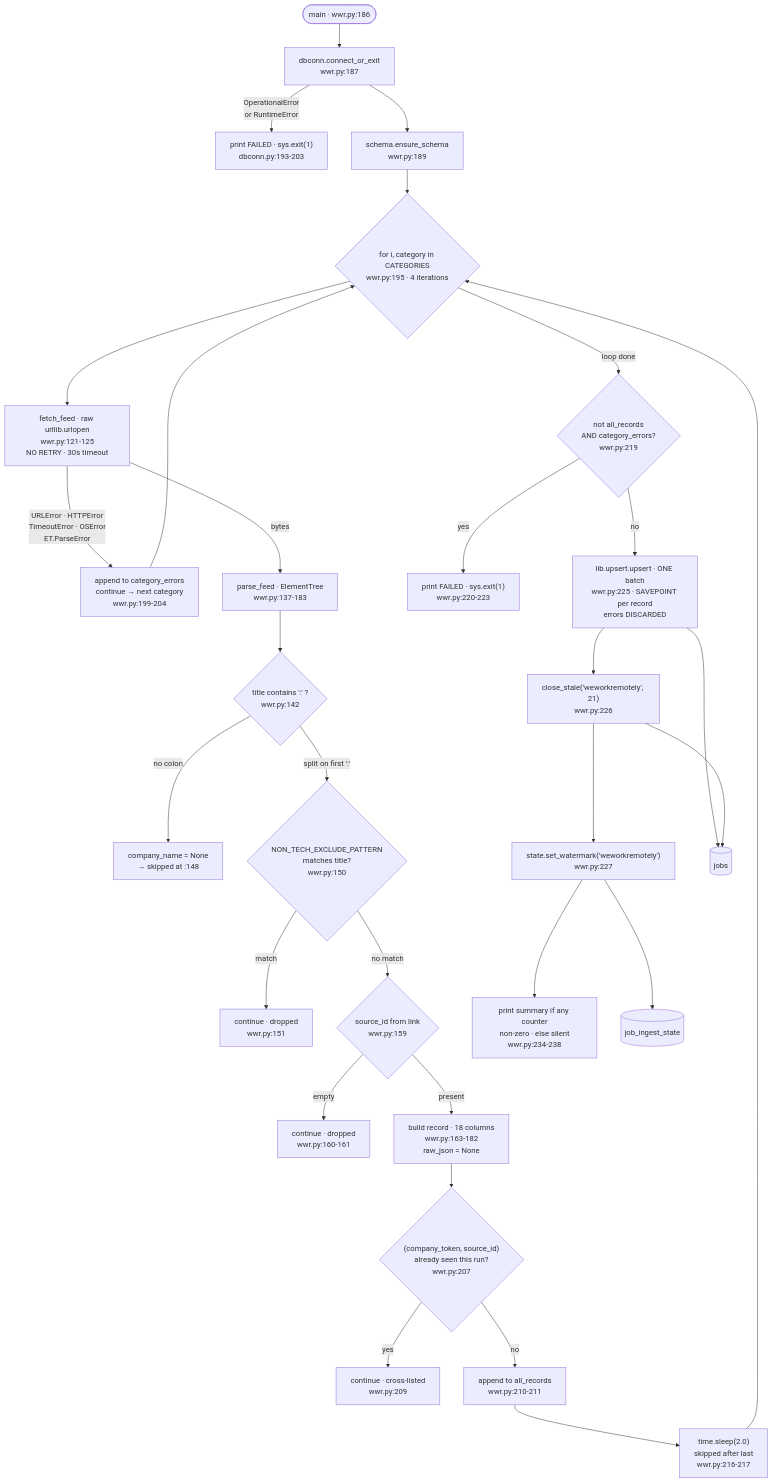
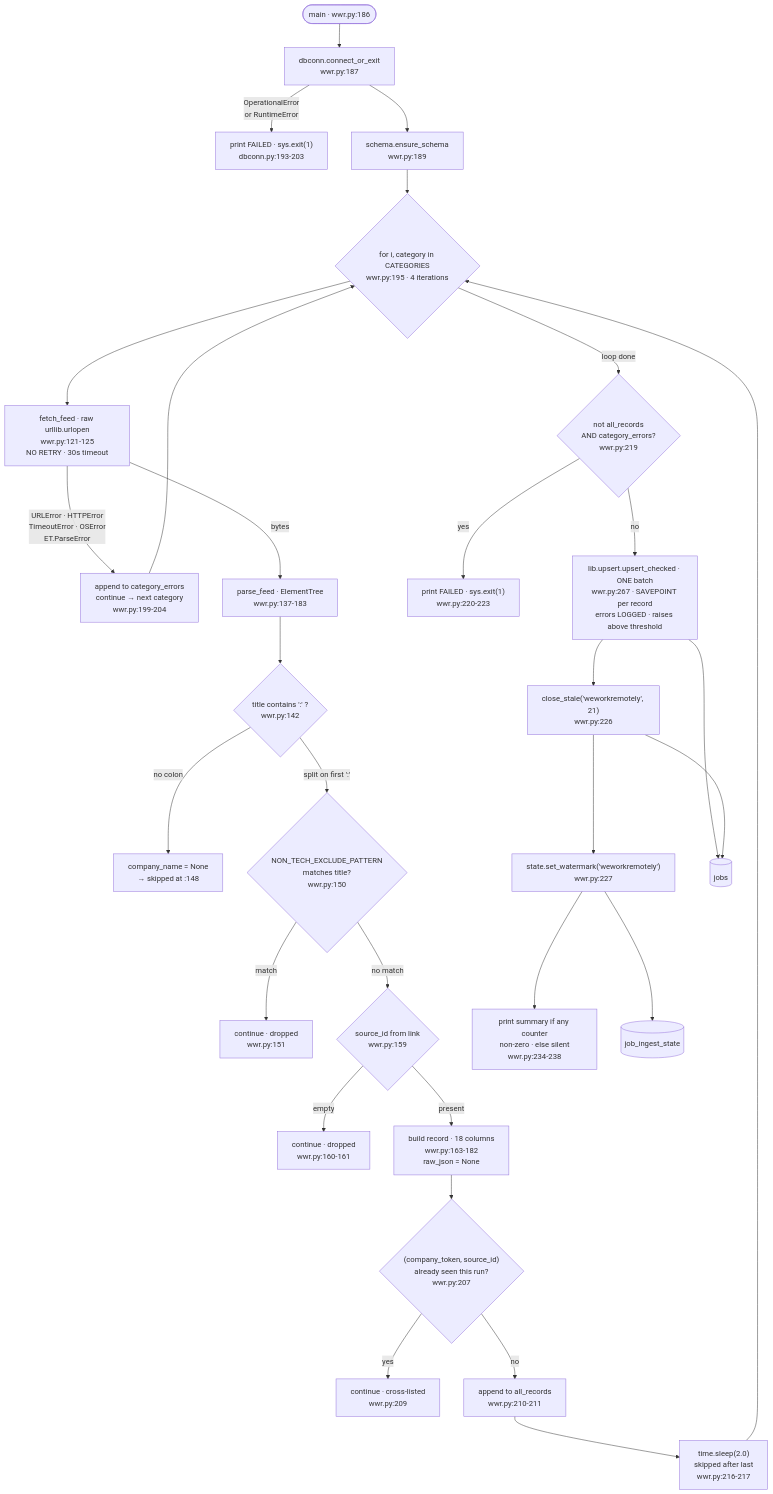
One commit to liueric-dev/jobs changed the diagram in docs/ingest/weworkremotely.md. Above: the diagram before and after it, drawn with Mermaid. The commit also changed other lines of this file and 96 other files, not shown here.

````diff
--- a/docs/ingest/weworkremotely.md
+++ b/docs/ingest/weworkremotely.md
@@ -83,37 +84,37 @@
 ```mermaid
 flowchart TD
     START([main · wwr.py:186]) --> CONN["dbconn.connect_or_exit<br/>wwr.py:187"]
     CONN -->|"OperationalError<br/>or RuntimeError"| EXIT1["print FAILED · sys.exit(1)<br/>dbconn.py:193-203"]
     CONN --> DDL["schema.ensure_schema<br/>wwr.py:189"]
     DDL --> LOOP{"for i, category in CATEGORIES<br/>wwr.py:195 · 4 iterations"}
 
     LOOP --> FETCH["fetch_feed · raw urllib.urlopen<br/>wwr.py:121-125<br/>NO RETRY · 30s timeout"]
     FETCH -->|"URLError · HTTPError<br/>TimeoutError · OSError<br/>ET.ParseError"| CATERR["append to category_errors<br/>continue → next category<br/>wwr.py:199-204"]
     FETCH -->|"bytes"| PARSE["parse_feed · ElementTree<br/>wwr.py:137-183"]
 
     PARSE --> SPLIT{"title contains ':' ?<br/>wwr.py:142"}
     SPLIT -->|"no colon"| NOCO["company_name = None<br/>→ skipped at :148"]
     SPLIT -->|"split on first ':'"| EXCL{"NON_TECH_EXCLUDE_PATTERN<br/>matches title?<br/>wwr.py:150"}
     EXCL -->|"match"| DROP1["continue · dropped<br/>wwr.py:151"]
     EXCL -->|"no match"| SID{"source_id from link<br/>wwr.py:159"}
     SID -->|"empty"| DROP2["continue · dropped<br/>wwr.py:160-161"]
     SID -->|"present"| REC["build record · 18 columns<br/>wwr.py:163-182<br/>raw_json = None"]
 
     REC --> DEDUP{"(company_token, source_id)<br/>already seen this run?<br/>wwr.py:207"}
     DEDUP -->|"yes"| DROP3["continue · cross-listed<br/>wwr.py:209"]
     DEDUP -->|"no"| ACC["append to all_records<br/>wwr.py:210-211"]
     ACC --> SLEEP["time.sleep(2.0)<br/>skipped after last<br/>wwr.py:216-217"]
     SLEEP --> LOOP
     CATERR --> LOOP
 
     LOOP -->|"loop done"| GATE{"not all_records<br/>AND category_errors?<br/>wwr.py:219"}
     GATE -->|"yes"| EXIT2["print FAILED · sys.exit(1)<br/>wwr.py:220-223"]
-    GATE -->|"no"| UPSERT["lib.upsert.upsert · ONE batch<br/>wwr.py:225 · SAVEPOINT per record<br/>errors DISCARDED"]
+    GATE -->|"no"| UPSERT["lib.upsert.upsert_checked · ONE batch<br/>wwr.py:267 · SAVEPOINT per record<br/>errors LOGGED · raises above threshold"]
     UPSERT --> CLOSE["close_stale('weworkremotely', 21)<br/>wwr.py:226"]
     CLOSE --> WM["state.set_watermark('weworkremotely')<br/>wwr.py:227"]
     WM --> REPORT["print summary if any counter<br/>non-zero · else silent<br/>wwr.py:234-238"]
 
     UPSERT --> DB[("jobs")]
     CLOSE --> DB
     WM --> ST[("job_ingest_state")]
 ```
````
